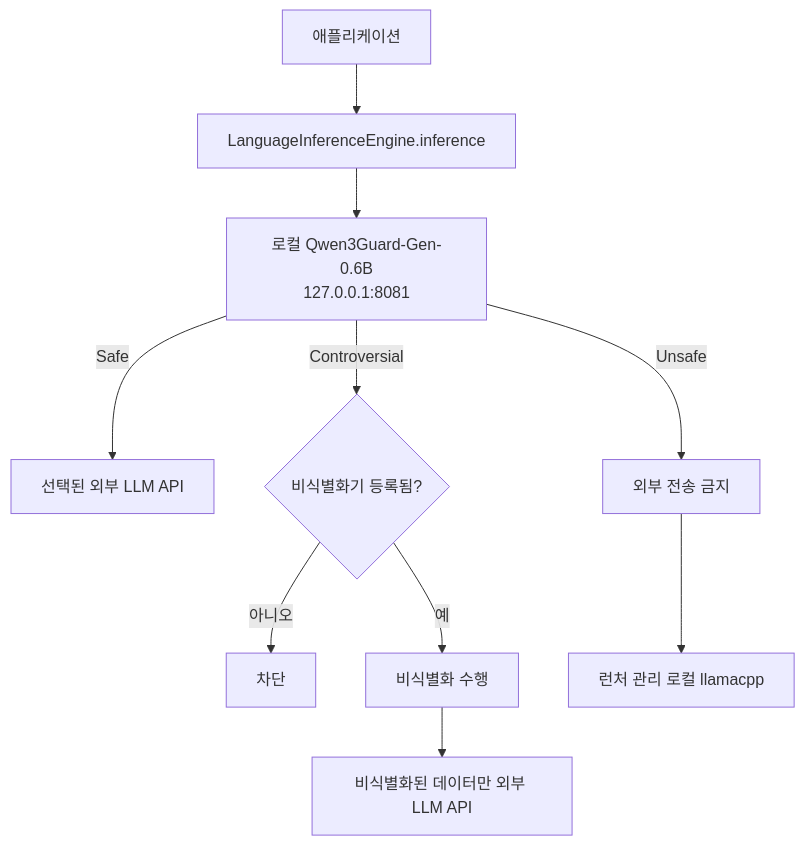
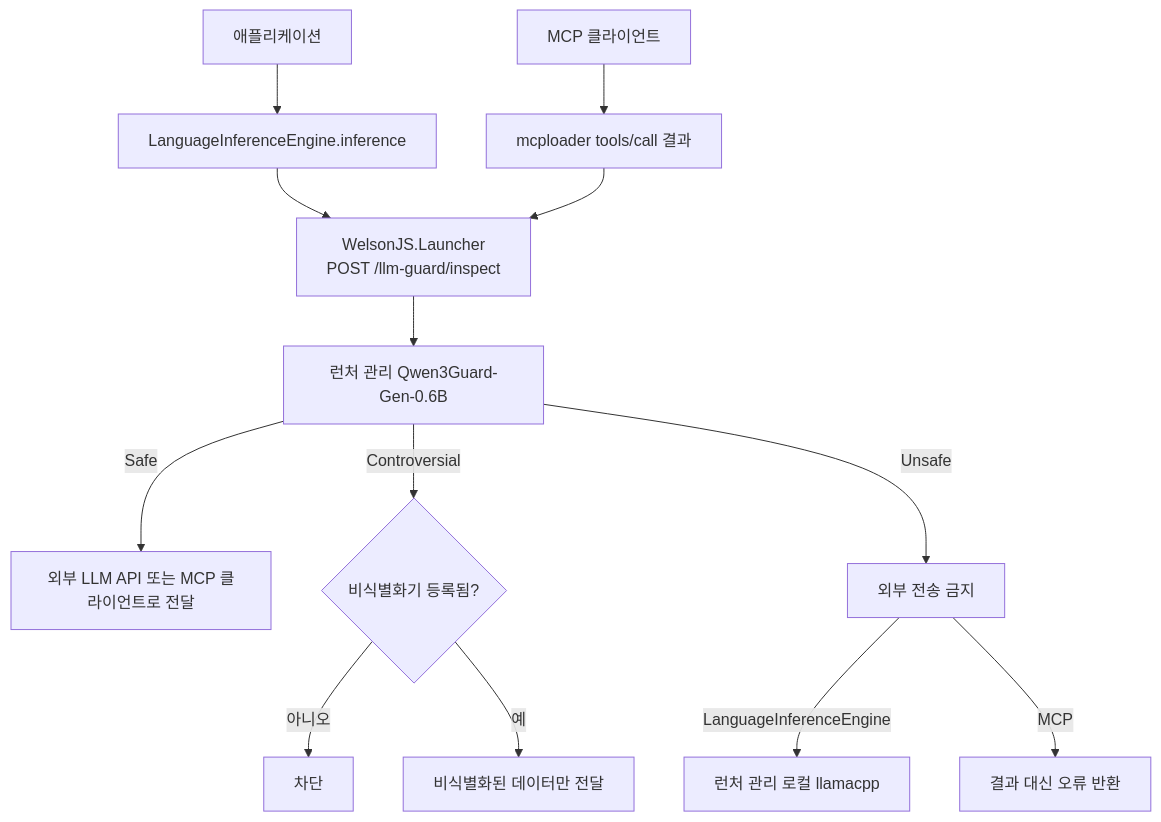
Before and after one commit to gnh1201/welsonjs: the first of 3 diagrams in docs/llm-guard-flow.md, drawn with Mermaid. The commit also changed other lines of this file and 32 other files, not shown here.

First line of the commit message:
Add launcher-managed LLM guard

````diff
--- a/docs/llm-guard-flow.md
+++ b/docs/llm-guard-flow.md
@@ -9,12 +9,15 @@
 ```mermaid
 flowchart TD
     A[애플리케이션] --> B[LanguageInferenceEngine.inference]
-    B --> C[로컬 Qwen3Guard-Gen-0.6B<br/>127.0.0.1:8081]
-    C -->|Safe| D[선택된 외부 LLM API]
-    C -->|Controversial| E{비식별화기 등록됨?}
+    M[MCP 클라이언트] --> N[mcploader tools/call 결과]
+    B --> C[WelsonJS.Launcher<br/>POST /llm-guard/inspect]
+    N --> C
+    C --> Q[런처 관리 Qwen3Guard-Gen-0.6B]
+    Q -->|Safe| D[외부 LLM API 또는 MCP 클라이언트로 전달]
+    Q -->|Controversial| E{비식별화기 등록됨?}
     E -->|아니오| F[차단]
-    E -->|예| G[비식별화 수행]
-    G --> H[비식별화된 데이터만 외부 LLM API]
-    C -->|Unsafe| I[외부 전송 금지]
-    I --> J[런처 관리 로컬 llamacpp]
+    E -->|예| G[비식별화된 데이터만 전달]
+    Q -->|Unsafe| I[외부 전송 금지]
+    I -->|LanguageInferenceEngine| J[런처 관리 로컬 llamacpp]
+    I -->|MCP| K[결과 대신 오류 반환]
 ```
````
